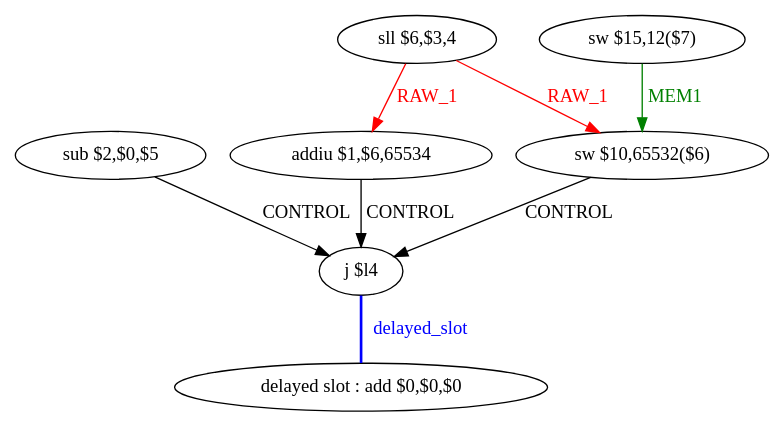
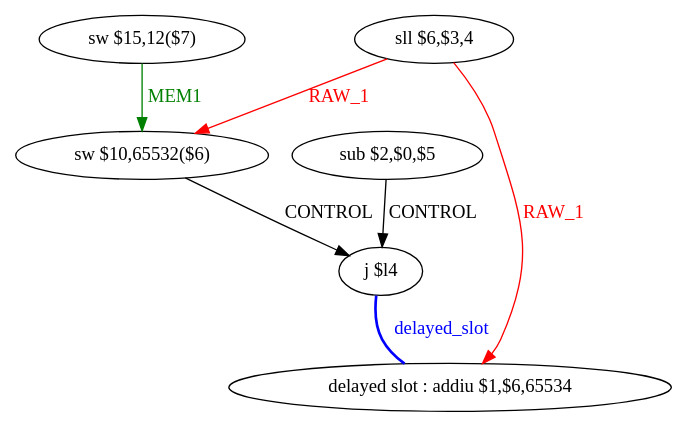
Before and after one commit to KatiaAMICHI/CompilationAvanc-e: the diagram in CoursCA/CodeEtudiant2019/CodeEtudiant/tmp/test_td2_func_0_dfg_bb2_renamed.dot, drawn with Graphviz. The commit also changed 78 other files, not shown here.

```diff
--- a/CoursCA/CodeEtudiant2019/CodeEtudiant/tmp/test_td2_func_0_dfg_bb2_renamed.dot
+++ b/CoursCA/CodeEtudiant2019/CodeEtudiant/tmp/test_td2_func_0_dfg_bb2_renamed.dot
@@ -1,17 +1,15 @@
 digraph G1 {
 node [shape = ellipse];
-i6 [label = " delayed slot : add $0,$0,$0"] ;
-i5 ->  i6 [style = bold, dir= none, fontcolor = blue, color = blue, label= "delayed_slot"];
-i5 [label = "j $l4"] ;
+i5 [label = " delayed slot : addiu $1,$6,65534"] ;
+i4 ->  i5 [style = bold, dir= none, fontcolor = blue, color = blue, label= "delayed_slot"];
+i4 [label = "j $l4"] ;
 i0 [label = "sub $2,$0,$5"] ;
-i0 ->  i5 [label= "CONTROL"];
+i0 ->  i4 [label= "CONTROL"];
 i1 [label = "sll $6,$3,4"] ;
-i1 ->  i4 [color = red, fontcolor = red, label= "RAW_1"];
-i1 ->  i2 [color = red, fontcolor = red, label= "RAW_1"];
-i4 [label = "sw $10,65532($6)"] ;
-i4 ->  i5 [label= "CONTROL"];
-i2 [label = "addiu $1,$6,65534"] ;
-i2 ->  i5 [label= "CONTROL"];
-i3 [label = "sw $15,12($7)"] ;
-i3 ->  i4 [color = green, fontcolor = green, label= "MEM1"];
+i1 ->  i5 [color = red, fontcolor = red, label= "RAW_1"];
+i1 ->  i3 [color = red, fontcolor = red, label= "RAW_1"];
+i3 [label = "sw $10,65532($6)"] ;
+i3 ->  i4 [label= "CONTROL"];
+i2 [label = "sw $15,12($7)"] ;
+i2 ->  i3 [color = green, fontcolor = green, label= "MEM1"];
 }
```
